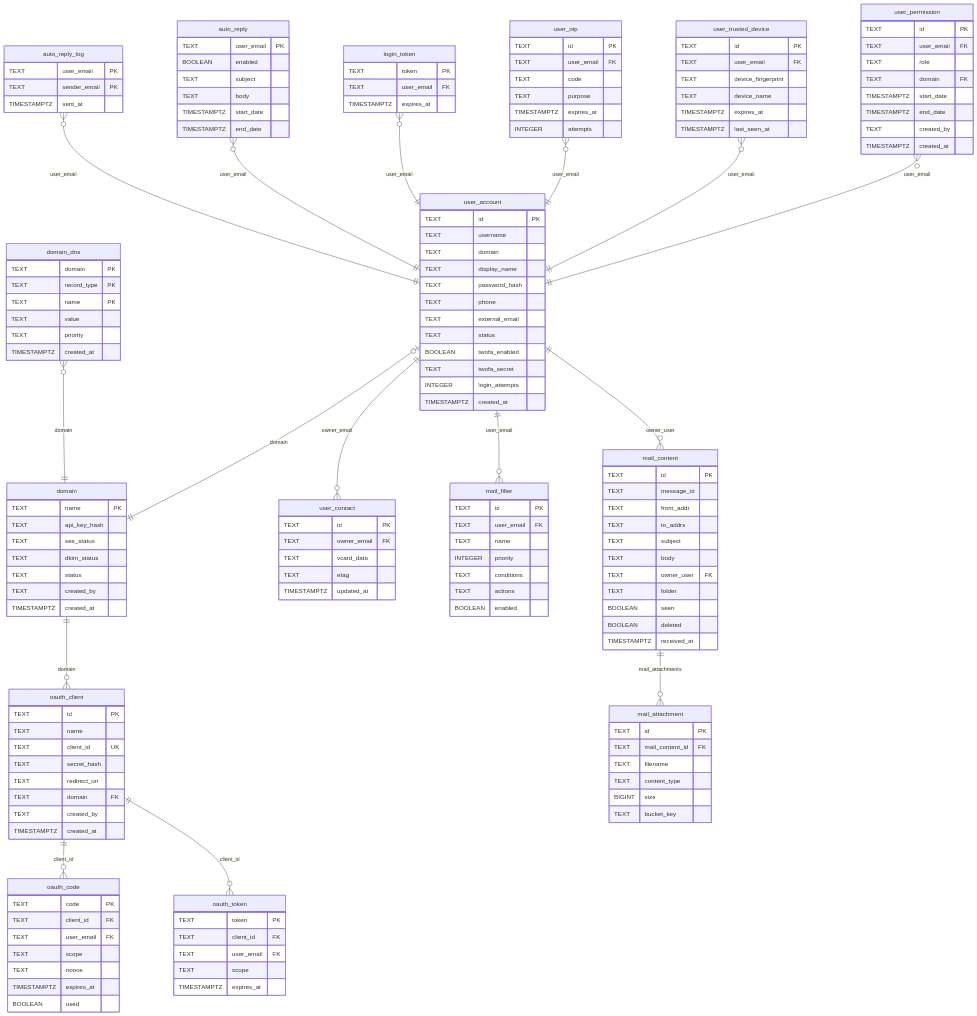
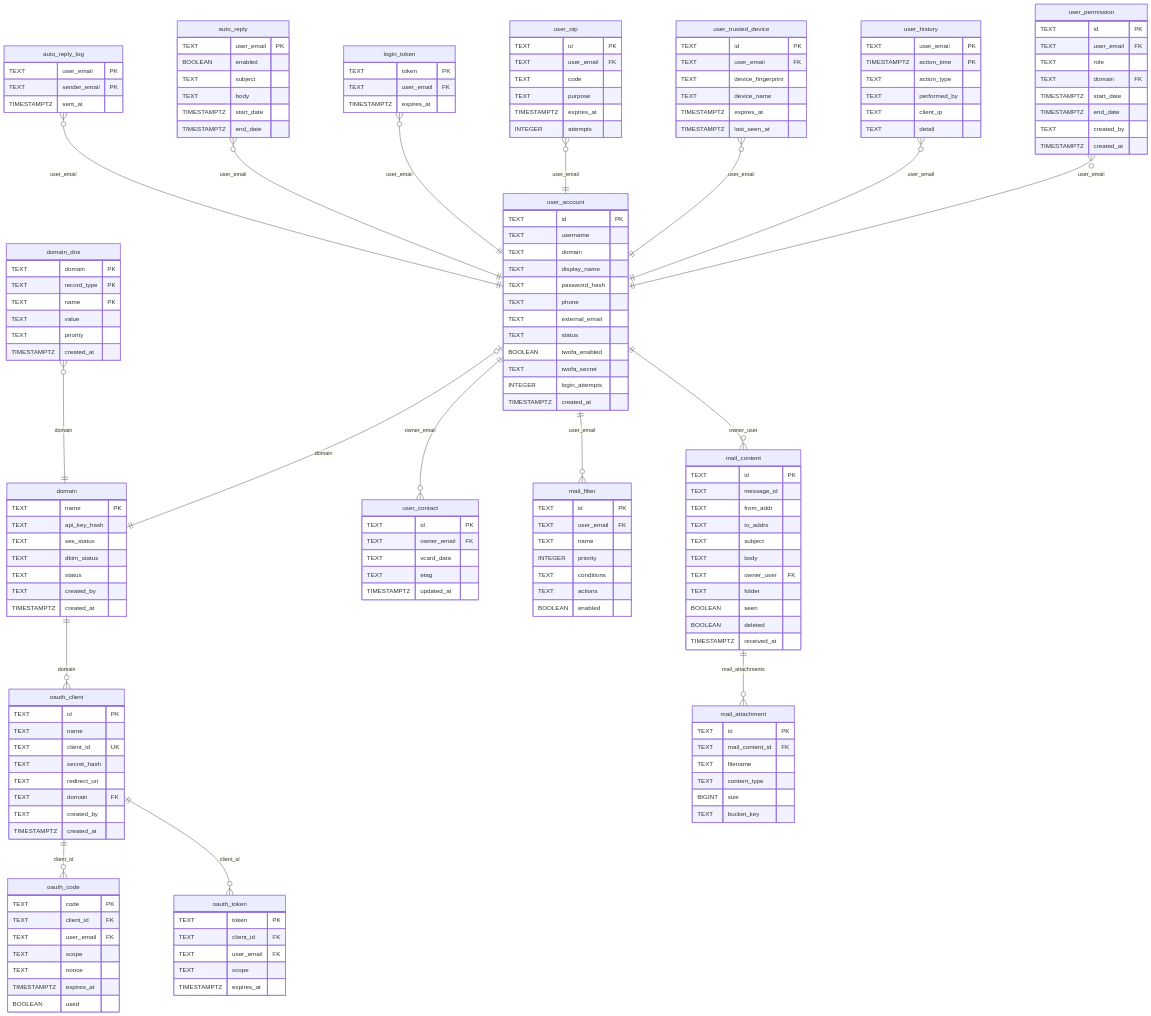
One commit to mustafa-karli/bdsmail changed the second of 3 diagrams in README.md. Above: the diagram before and after it, drawn with Mermaid. The commit also changed 11 other files, not shown here.

```diff
--- a/README.md
+++ b/README.md
@@ -214,6 +214,7 @@
     mail_content ||--o{ mail_attachment: "mail_attachments"
     user_account ||--o{ mail_content : "owner_user"
     user_permission }o--|| user_account : "user_email"
+    user_history }o--|| user_account : "user_email"
     domain_dns }o--|| domain : "domain"
     user_trusted_device }o--|| user_account : "user_email"
     user_otp }o--|| user_account : "user_email"
@@ -357,6 +358,15 @@
         TIMESTAMPTZ created_at
     }
 
+    user_history {
+        TEXT user_email PK
+        TIMESTAMPTZ action_time PK
+        TEXT action_type
+        TEXT performed_by
+        TEXT client_ip
+        TEXT detail
+    }
+
     oauth_code {
         TEXT code PK
         TEXT client_id FK
```
